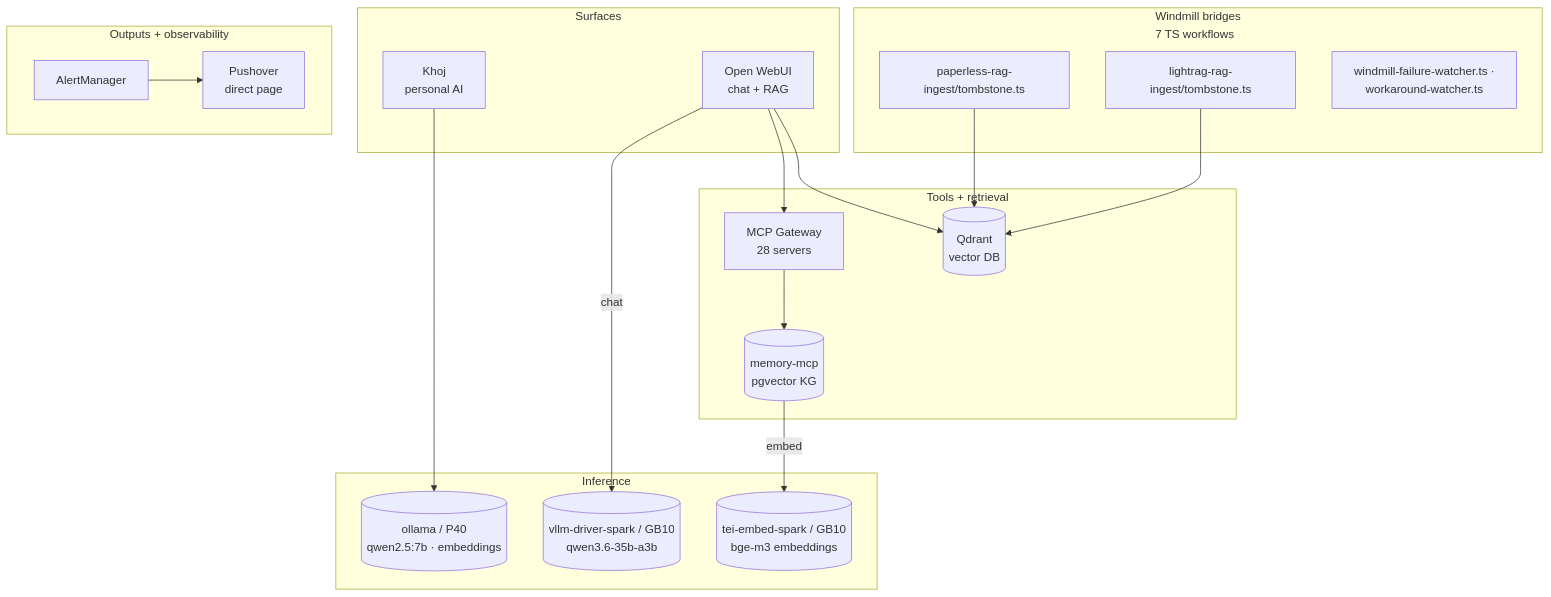
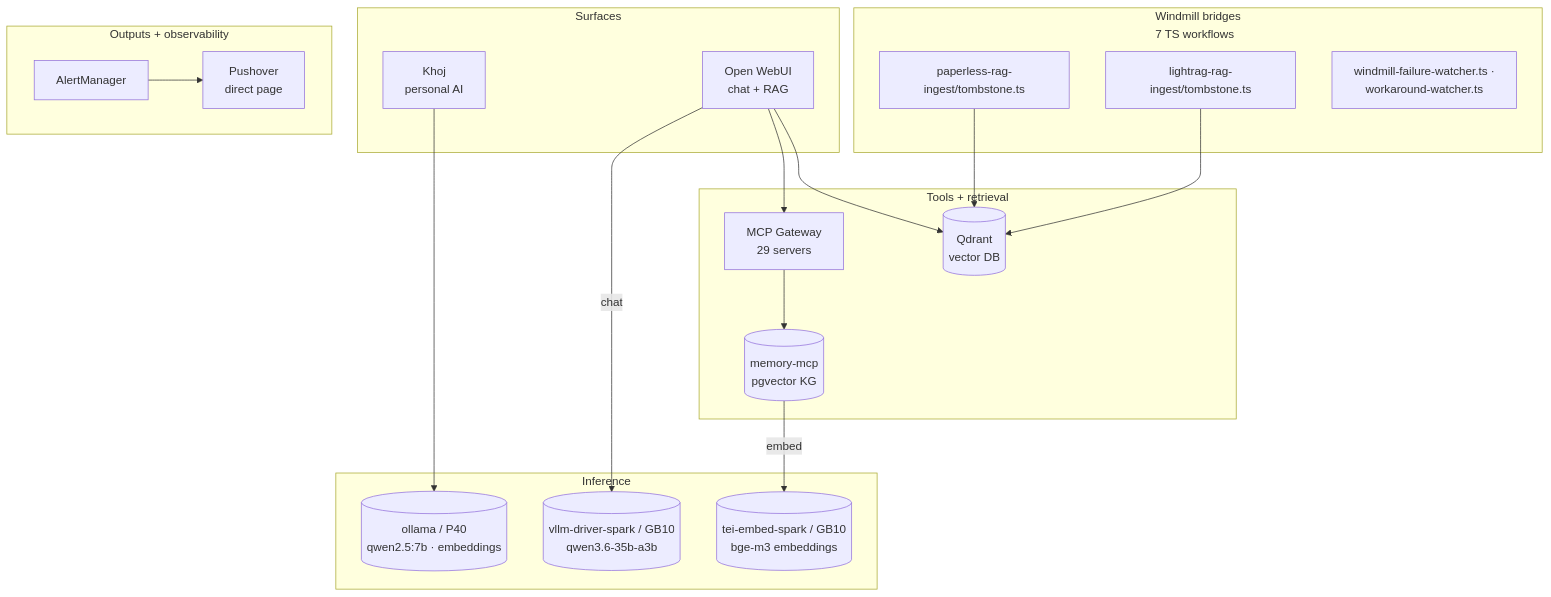
The second of 2 diagrams in README.md (rwlove/home-ops), drawn with Mermaid before and after one commit. The commit also changed other lines of this file and 9 other files, not shown here.

First line of the commit message:
feat(mcp-gateway): Batch C canary — federate cooter-mcp (SSE backend) to test gateway SSE-upstream support (#15816)

````diff
--- a/README.md
+++ b/README.md
@@ -317,39 +317,39 @@
 ```mermaid
 flowchart TB
     subgraph Surfaces[Surfaces]
         OWUI[Open WebUI<br/>chat + RAG]
         Khoj[Khoj<br/>personal AI]
     end
 
     subgraph Bridges[Windmill bridges<br/>7 TS workflows]
         WPaperless[paperless-rag-ingest/tombstone.ts]
         WLightrag[lightrag-rag-ingest/tombstone.ts]
         WOther[windmill-failure-watcher.ts ·<br/>workaround-watcher.ts]
     end
 
     subgraph Inference[Inference]
         OllamaP40[(ollama / P40<br/>qwen2.5:7b · embeddings)]
         VllmDriver[(vllm-driver-spark / GB10<br/>qwen3.6-35b-a3b)]
         TeiEmbed[(tei-embed-spark / GB10<br/>bge-m3 embeddings)]
     end
 
     subgraph Tools[Tools + retrieval]
-        Gw[MCP Gateway<br/>28 servers]
+        Gw[MCP Gateway<br/>29 servers]
         Q[(Qdrant<br/>vector DB)]
         Mem[(memory-mcp<br/>pgvector KG)]
     end
 
     subgraph Outputs[Outputs + observability]
         AM[AlertManager]
         Push[Pushover<br/>direct page]
     end
 
     OWUI -->|chat| VllmDriver
     OWUI --> Gw --> Mem
     OWUI --> Q
     Mem -->|embed| TeiEmbed
     Khoj --> OllamaP40
     WPaperless --> Q
     WLightrag --> Q
     AM --> Push
 ```
````
